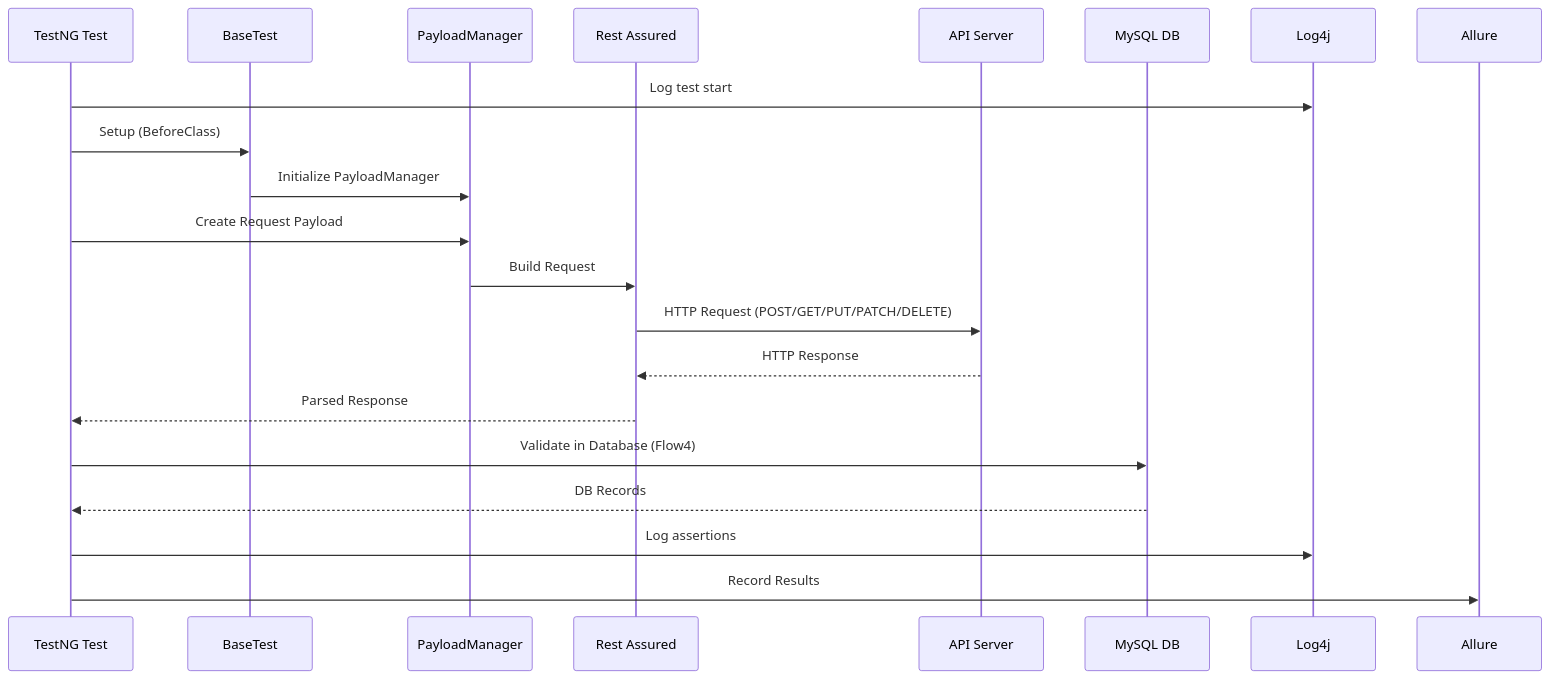
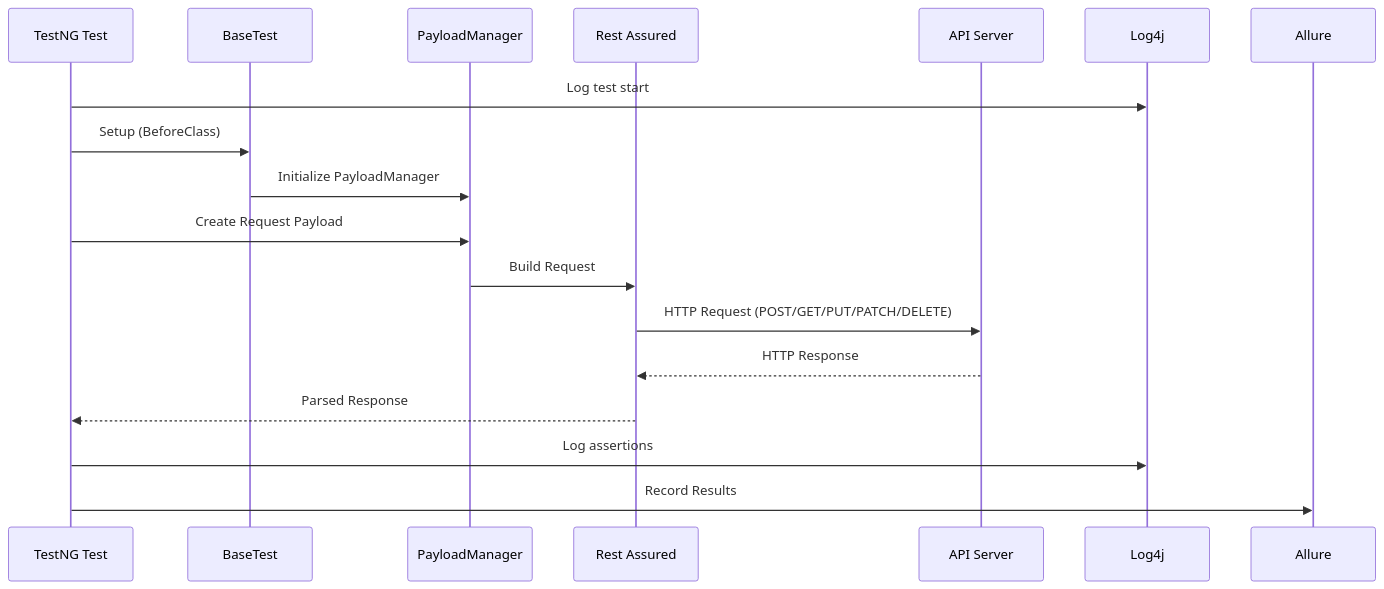
The second of 12 diagrams in README.md (Mubashiraa-A/APIAutomationFramework), drawn with Mermaid before and after one commit. The commit also changed other lines of this file and 36 other files, not shown here.

````diff
--- a/README.md
+++ b/README.md
@@ -120,24 +117,22 @@
 ```mermaid
 sequenceDiagram
     participant Test as TestNG Test
     participant Base as BaseTest
     participant PM as PayloadManager
     participant RA as Rest Assured
     participant Server as API Server
-    participant DB as MySQL DB
     participant Log as Log4j
     participant Report as Allure
 
     Test->>Log: Log test start
     Test->>Base: Setup (BeforeClass)
     Base->>PM: Initialize PayloadManager
     Test->>PM: Create Request Payload
     PM->>RA: Build Request
     RA->>Server: HTTP Request (POST/GET/PUT/PATCH/DELETE)
     Server-->>RA: HTTP Response
     RA-->>Test: Parsed Response
-    Test->>DB: Validate in Database (Flow4)
-    DB-->>Test: DB Records
+    
     Test->>Log: Log assertions
     Test->>Report: Record Results
 ```
````
